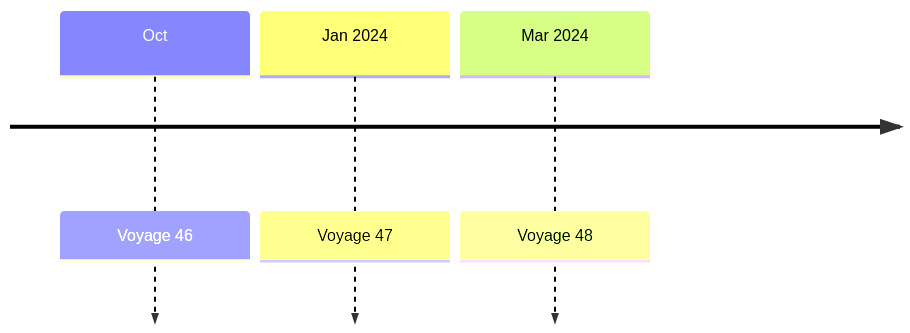
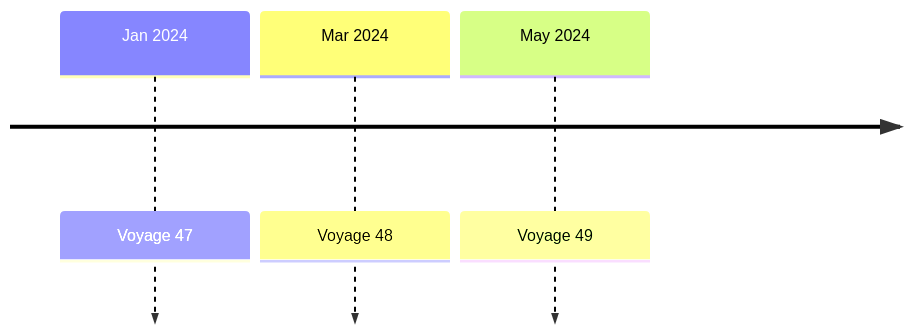
One commit to chingu-voyages/Handbook changed the diagram in docs/guides/voyage/voyage.md. Above: the diagram before and after it, drawn with Mermaid. The commit also changed other lines of this file, not shown here.

Commit message:
Feature: Update voyage schedule

````diff
--- a/docs/guides/voyage/voyage.md
+++ b/docs/guides/voyage/voyage.md
@@ -19,6 +19,6 @@
 ```mermaid
   timeline
-    Oct : Voyage 46
     Jan 2024 : Voyage 47
     Mar 2024 : Voyage 48
+    May 2024 : Voyage 49
 ```
````
